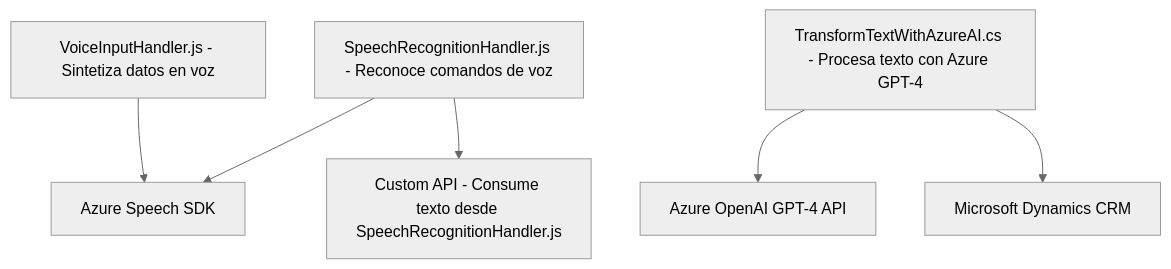
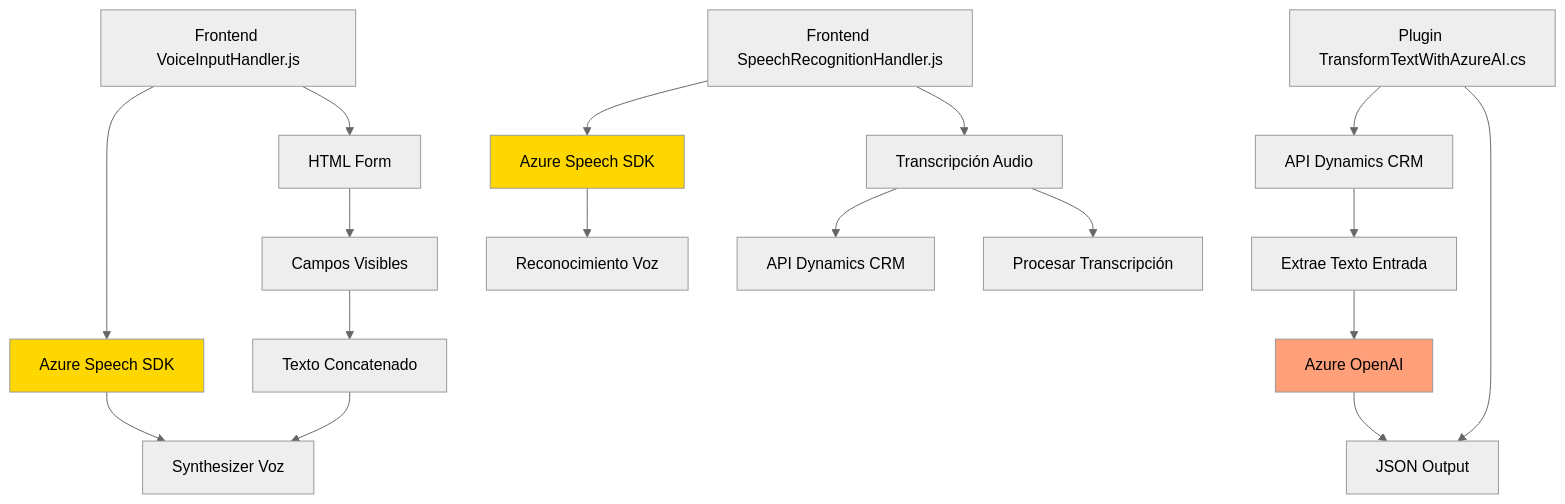
The diagram in README.md (blopezdm/NETCORE_BILBAO2025), drawn with Mermaid (neutral theme) before and after one commit. The commit also changed other lines of this file, not shown here.

Commit message:
Actualizar análisis global de la solución con IA

````diff
--- a/README.md
+++ b/README.md
@@ -46,16 +29,25 @@
 ```mermaid
 graph TD
-    A["VoiceInputHandler.js - Sintetiza datos en voz"]
-    B["SpeechRecognitionHandler.js - Reconoce comandos de voz"]
-    C["TransformTextWithAzureAI.cs - Procesa texto con Azure GPT-4"]
-    D["Azure Speech SDK"]
-    E["Azure OpenAI GPT-4 API"]
-    F["Microsoft Dynamics CRM"]
-    G["Custom API - Consume texto desde SpeechRecognitionHandler.js"]
+    A["Frontend VoiceInputHandler.js"] --> B["Azure Speech SDK"]
+    B --> C["Synthesizer Voz"]
+    A --> D["HTML Form"]
+    D --> E["Campos Visibles"]
+    E --> F["Texto Concatenado"]
+    F --> C
 
-    A --> D
-    B --> D
-    B --> G
-    C --> E
-    C --> F
+    G["Frontend SpeechRecognitionHandler.js"] --> H["Azure Speech SDK"]
+    H --> I["Reconocimiento Voz"]
+    G --> J["Transcripción Audio"]
+    J --> K["API Dynamics CRM"]
+    J --> L["Procesar Transcripción"]
+
+    M["Plugin TransformTextWithAzureAI.cs"] --> N["API Dynamics CRM"]
+    N --> O["Extrae Texto Entrada"]
+    O --> P["Azure OpenAI"]
+    P --> Q["JSON Output"]
+    M --> Q
+
+    style H fill:#FFD700
+    style B fill:#FFD700
+    style P fill:#FFA07A
 ```
````
